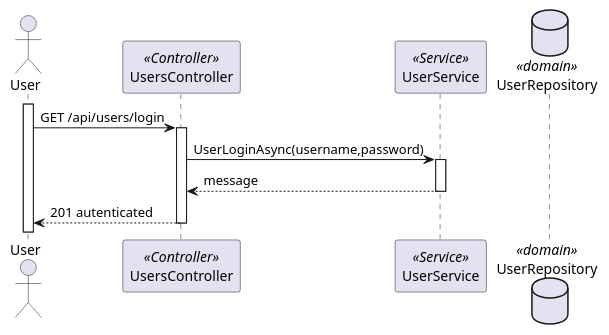
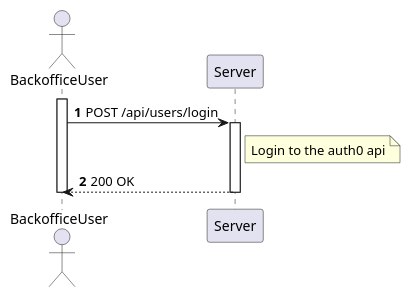
Before and after one commit to 1220846/sem5pi-24-25-3ddg20: the diagram in docs/sprint-a/us-5.1.6/views/level3/process-view.puml, drawn with PlantUML. The commit also changed 2 other files, not shown here.

Commit message:
docs:modification of level 2 and 3 #6

```diff
--- a/docs/sprint-a/us-5.1.6/views/level3/process-view.puml
+++ b/docs/sprint-a/us-5.1.6/views/level3/process-view.puml
@@ -1,30 +1,20 @@
-@startuml level3
+@startuml process-view
+autonumber
 
-actor "User" as UserP
-participant "UsersController" as Controller <<Controller>>
-participant "UserService" as Service <<Service>>
-database "UserRepository" as UserRepository <<domain>>
+actor "BackofficeUser" as Patient
+participant "Server" as Server
 
-activate UserP
-UserP->Controller:GET /api/users/login
-activate Controller
+activate Patient
 
-    Controller->Service:UserLoginAsync(username,password)
-    activate Service
+    Patient-> Server : POST /api/users/login
 
-        
+    activate Server
 
-        /'
-        Service->Auth:verifyLogin(user,password)
-        activate Auth
+        Note  right of Server: Login to the auth0 api
 
-            Auth-->Service:result
-        deactivate Auth
-        '/
+        Patient <-- Server : 200 OK
 
-        Service-->Controller:message
-    deactivate Service
-    UserP<--Controller:201 autenticated
-deactivate Controller
+    deactivate Server
+deactivate Patient
 
 @enduml
```
